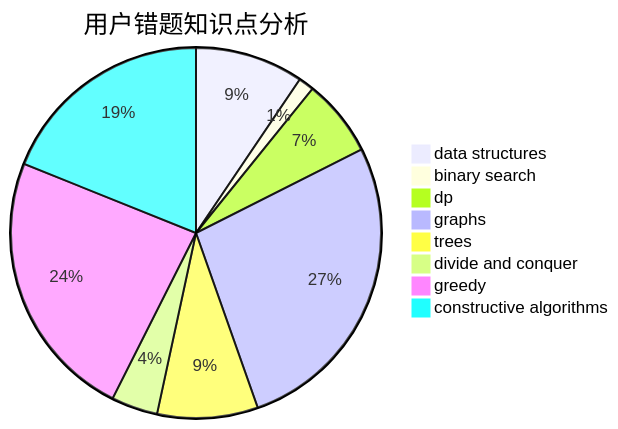
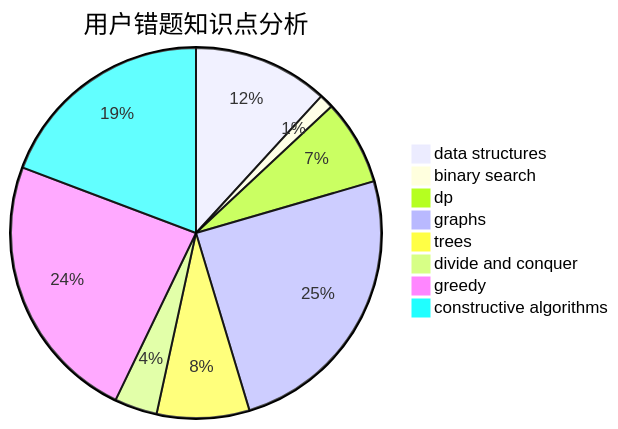
The third of 3 diagrams in docs/user/u2066.md (sherpahu/cfrs.github.io), drawn with Mermaid before and after one commit. The commit also changed other lines of this file and 2770 other files, not shown here.

````diff
--- a/docs/user/u2066.md
+++ b/docs/user/u2066.md
@@ -36,11 +36,11 @@
 ```mermaid
 pie title 用户错题知识点分析
-    "data structures" :  14
+    "data structures" :  19
     "binary search" :  2
-    "dp" :  10
+    "dp" :  12
     "graphs" :  40
     "trees" :  13
     "divide and conquer" :  6
-    "greedy" :  35
-    "constructive algorithms" :  28
+    "greedy" :  38
+    "constructive algorithms" :  31
 ```
````
